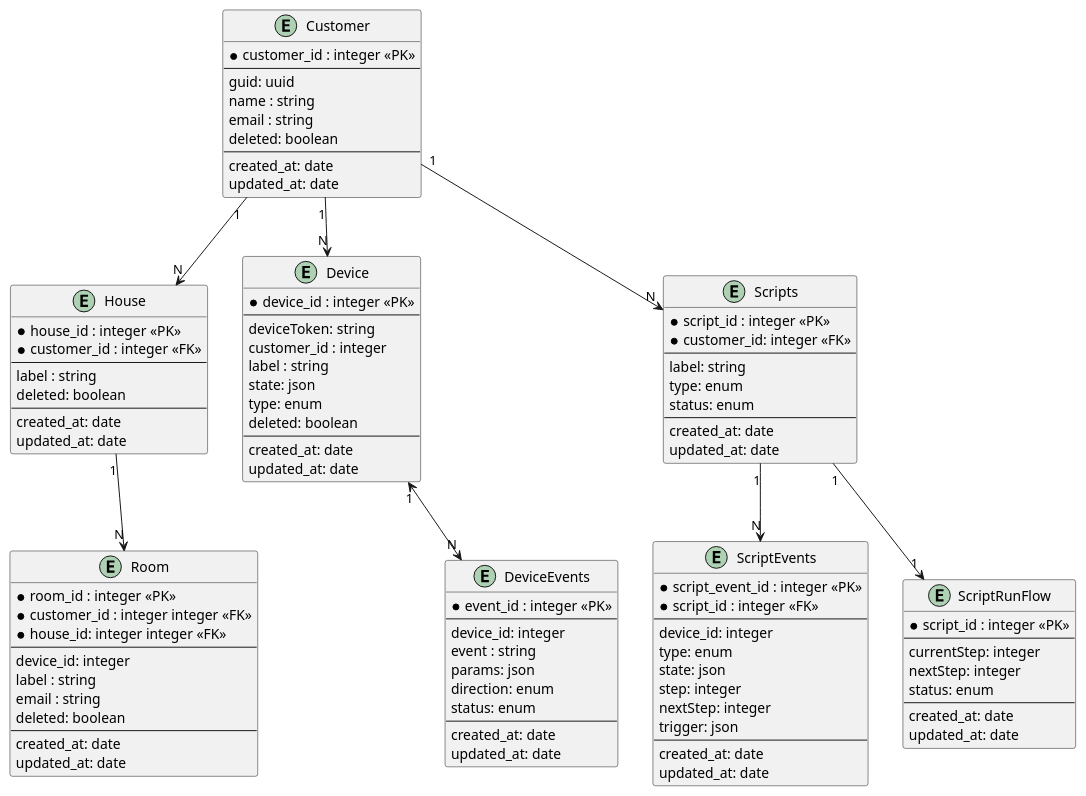
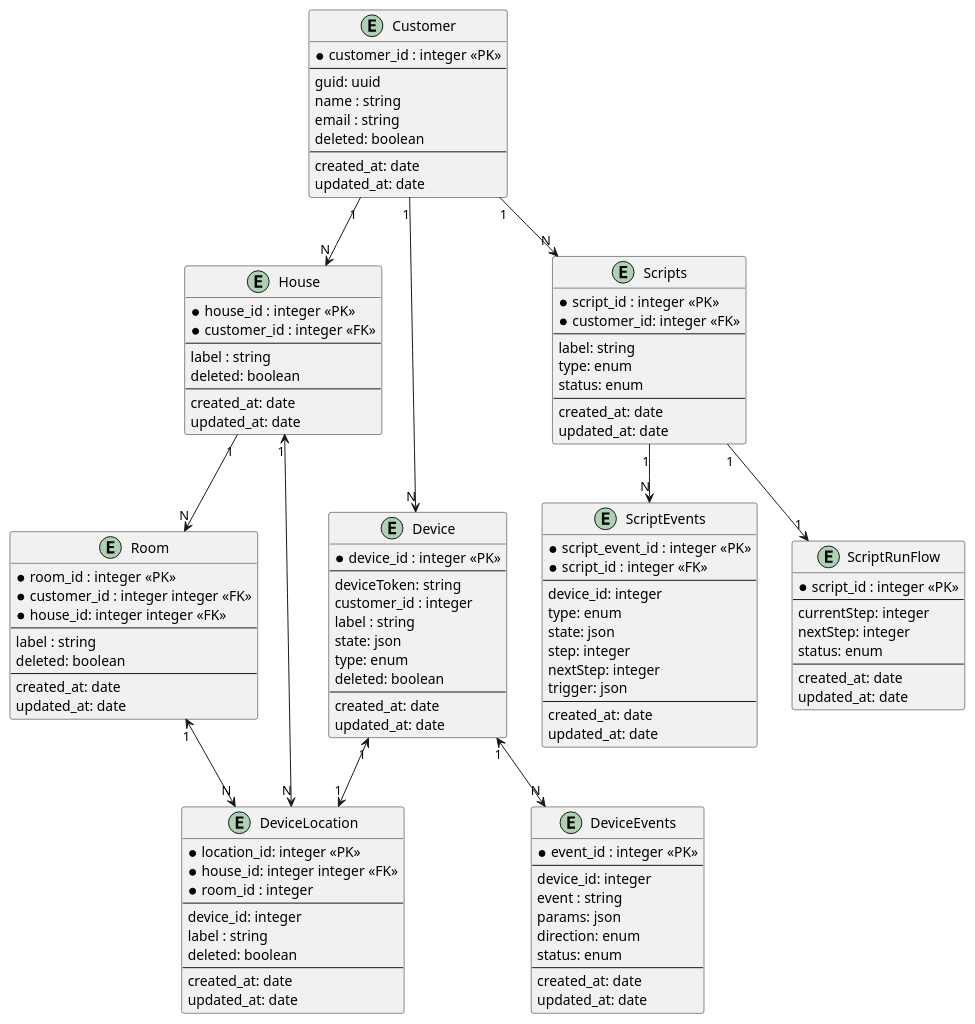
Before and after one commit to apheleon/warmhouse: the diagram in apps/smart_home/diagrams/er/er_warmhouse.puml, drawn with PlantUML. The commit also changed 1 other file, not shown here.

```diff
--- a/apps/smart_home/diagrams/er/er_warmhouse.puml
+++ b/apps/smart_home/diagrams/er/er_warmhouse.puml
@@ -1,118 +1,133 @@
 @startuml ER_WARMHOUSE
 
 together{
     entity Customer {
         * customer_id : integer <<PK>>
         --
         guid: uuid
         name : string
         email : string
         deleted: boolean
         --
         created_at: date
         updated_at: date
     }
 
     entity House {
         * house_id : integer <<PK>>
         * customer_id : integer <<FK>>
         --
         label : string
         deleted: boolean
         --
         created_at: date
         updated_at: date
     }
 
     entity Room {
         * room_id : integer <<PK>>
         * customer_id : integer integer <<FK>>
         * house_id: integer integer <<FK>>
         --
+        label : string
+        deleted: boolean
+        --
+        created_at: date
+        updated_at: date
+    }
+
+    entity DeviceLocation {
+        * location_id: integer <<PK>>
+        * house_id: integer integer <<FK>>
+        * room_id : integer
+        --
         device_id: integer
         label : string
-        email : string
         deleted: boolean
         --
         created_at: date
         updated_at: date
     }
 
     entity Device {
         * device_id : integer <<PK>>
         --
         deviceToken: string
         customer_id : integer
         label : string
         state: json
         type: enum
         deleted: boolean
         --
         created_at: date
         updated_at: date
     }
 }
 
 together{
     entity Scripts {
         * script_id : integer <<PK>>
         * customer_id: integer <<FK>>
         --
         label: string
         type: enum
         status: enum
         --
         created_at: date
         updated_at: date
     }
 
     entity ScriptEvents {
         * script_event_id : integer <<PK>>
         * script_id : integer <<FK>>
         --
         device_id: integer
         type: enum
         state: json
         step: integer
         nextStep: integer
         trigger: json
         --
         created_at: date
         updated_at: date
     }
 
     entity ScriptRunFlow {
         * script_id : integer <<PK>>
         --
         currentStep: integer
         nextStep: integer
         status: enum
         --
         created_at: date
         updated_at: date
     }
 }
 
 together {
     entity DeviceEvents {
         * event_id : integer <<PK>>
         --
         device_id: integer
         event : string
         params: json
         direction: enum
         status: enum
         --
         created_at: date
         updated_at: date
     }    
 }
 
     Customer "1" --> "N" Scripts
     Customer "1" --> "N" House
     Customer "1" --> "N" Device
     House "1" --> "N" Room
     Device "1" <--> "N" DeviceEvents
     Scripts "1" --> "N" ScriptEvents
     Scripts "1" --> "1" ScriptRunFlow
+
+    Device "1" <--> "1" DeviceLocation
+    Room "1" <--> "N" DeviceLocation
+    House "1" <--> "N" DeviceLocation
 @enduml
```
